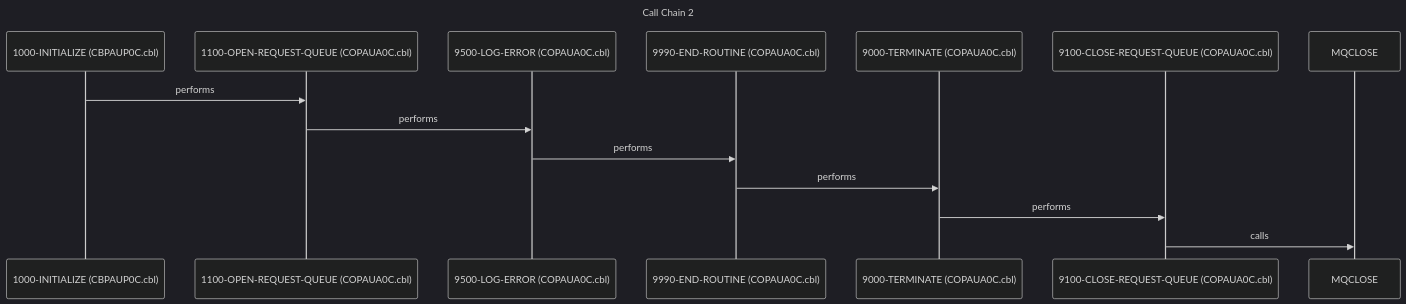
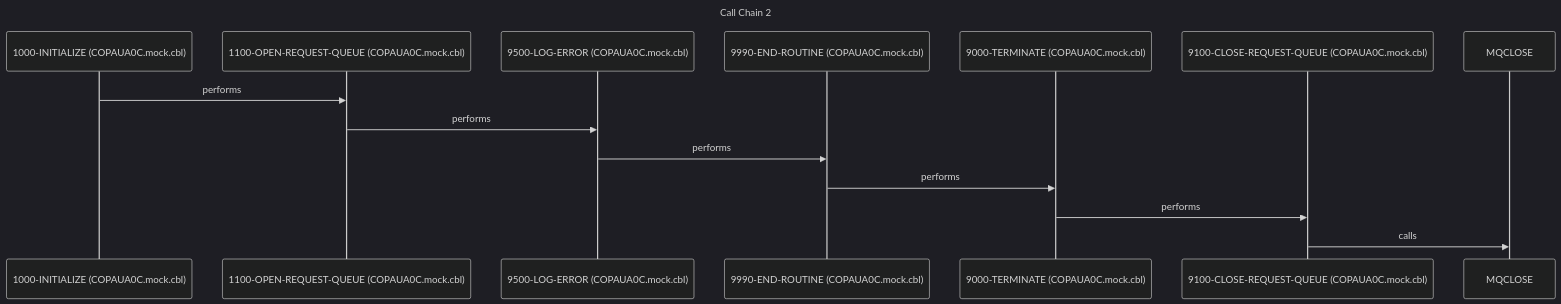
Before and after one commit to andrasfe/war_rig: the second of 5 diagrams in example_output/README.md, drawn with Mermaid (dark theme). The commit also changed other lines of this file and 205 other files, not shown here.

````diff
--- a/example_output/README.md
+++ b/example_output/README.md
@@ -583,17 +541,17 @@
 ```mermaid
 sequenceDiagram
     title Call Chain 2
-    participant 1000_INITIALIZE as 1000-INITIALIZE (CBPAUP0C.cbl)
-    participant 1100_OPEN_REQUEST_QUEUE as 1100-OPEN-REQUEST-QUEUE (COPAUA0C.cbl)
-    participant 9500_LOG_ERROR as 9500-LOG-ERROR (COPAUA0C.cbl)
-    participant 9990_END_ROUTINE as 9990-END-ROUTINE (COPAUA0C.cbl)
-    participant 9000_TERMINATE as 9000-TERMINATE (COPAUA0C.cbl)
-    participant 9100_CLOSE_REQUEST_QUEUE as 9100-CLOSE-REQUEST-QUEUE (COPAUA0C.cbl)
+    participant 1000_INITIALIZE as 1000-INITIALIZE (COPAUA0C.mock.cbl)
+    participant 1100_OPEN_REQUEST_QUEUE as 1100-OPEN-REQUEST-QUEUE (COPAUA0C.mock.cbl)
+    participant 9500_LOG_ERROR as 9500-LOG-ERROR (COPAUA0C.mock.cbl)
+    participant 9990_END_ROUTINE as 9990-END-ROUTINE (COPAUA0C.mock.cbl)
+    participant 9000_TERMINATE as 9000-TERMINATE (COPAUA0C.mock.cbl)
+    participant 9100_CLOSE_REQUEST_QUEUE as 9100-CLOSE-REQUEST-QUEUE (COPAUA0C.mock.cbl)
     participant MQCLOSE as MQCLOSE
     1000_INITIALIZE->>1100_OPEN_REQUEST_QUEUE: performs
     1100_OPEN_REQUEST_QUEUE->>9500_LOG_ERROR: performs
     9500_LOG_ERROR->>9990_END_ROUTINE: performs
     9990_END_ROUTINE->>9000_TERMINATE: performs
     9000_TERMINATE->>9100_CLOSE_REQUEST_QUEUE: performs
     9100_CLOSE_REQUEST_QUEUE->>MQCLOSE: calls
 ```
````
